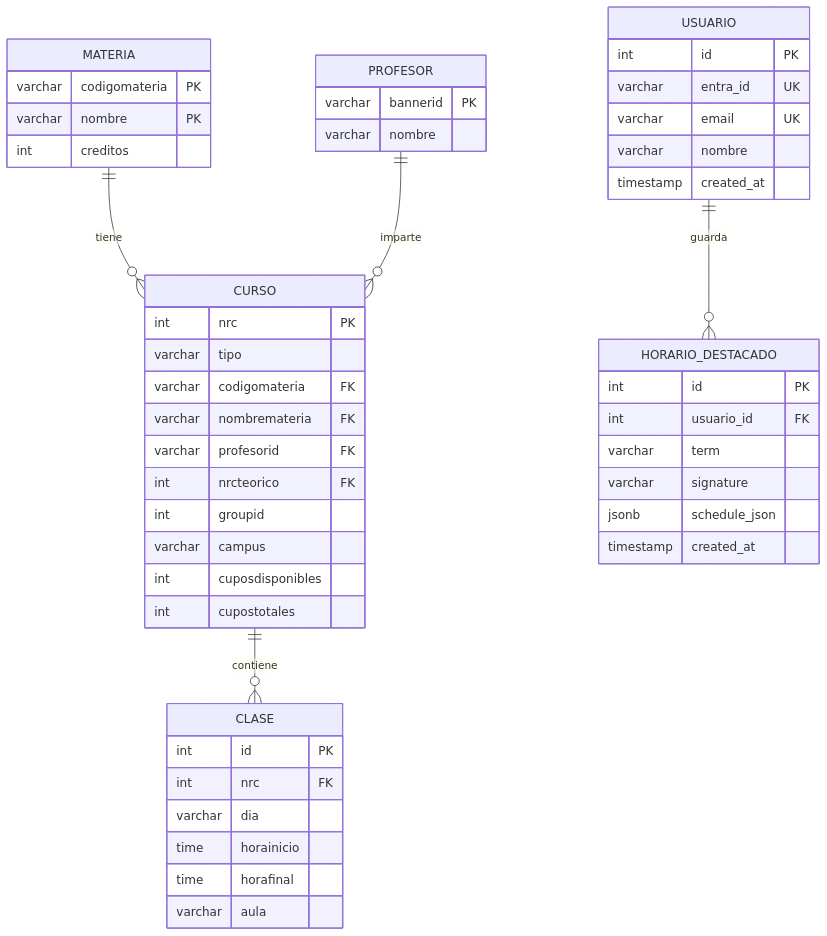
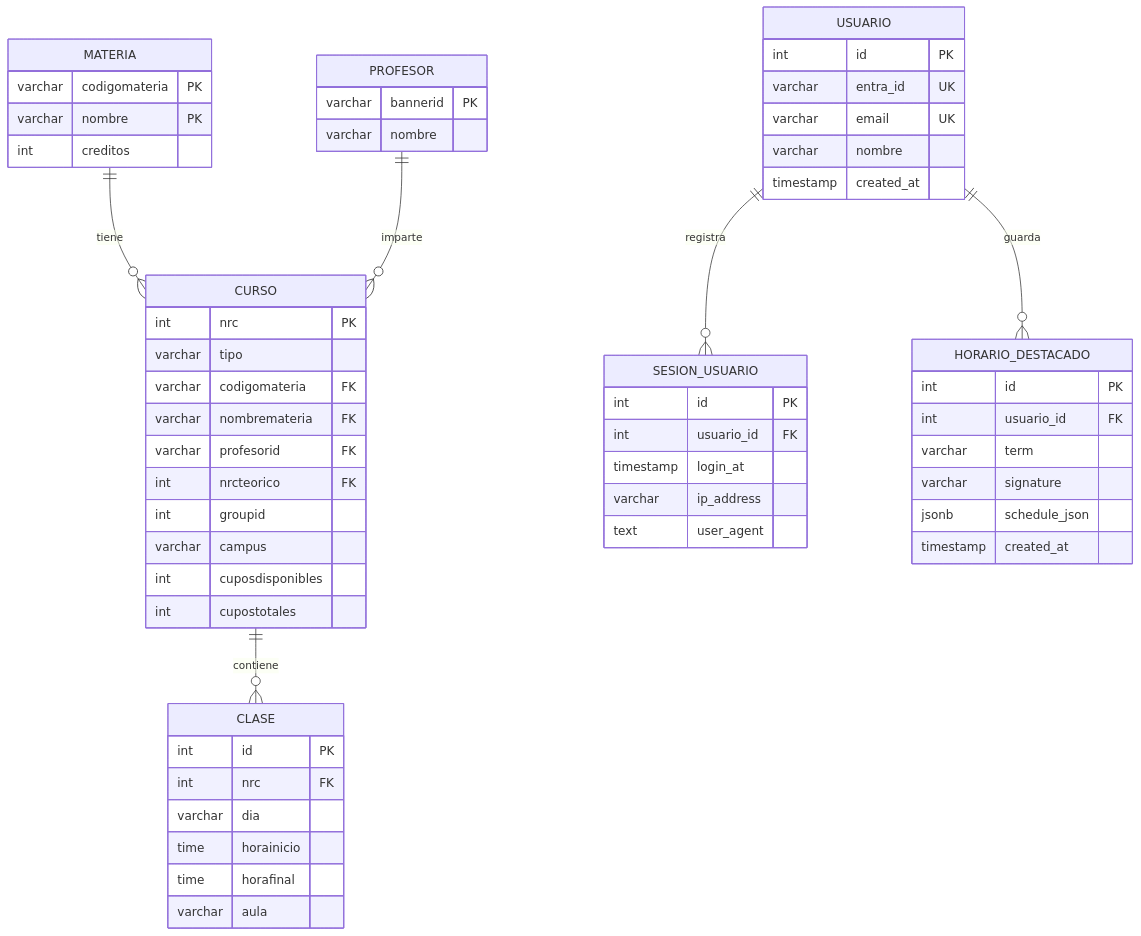
One commit to ISCOUTB/DH-ScheduleGeneratorUTB changed the second of 2 diagrams in docs/modelo_datos.md. Above: the diagram before and after it, drawn with Mermaid. The commit also changed other lines of this file and 10 other files, not shown here.

````diff
--- a/docs/modelo_datos.md
+++ b/docs/modelo_datos.md
@@ -64,57 +74,67 @@
 ```mermaid
 erDiagram
     MATERIA ||--o{ CURSO : tiene
     PROFESOR ||--o{ CURSO : imparte
     CURSO ||--o{ CLASE : contiene
-    USUARIO ||--o{ HORARIO_DESTACADO : guarda
 
     MATERIA {
         varchar codigomateria PK
         varchar nombre PK
         int creditos
     }
 
     CURSO {
         int nrc PK
         varchar tipo
         varchar codigomateria FK
         varchar nombremateria FK
         varchar profesorid FK
         int nrcteorico FK
         int groupid
         varchar campus
         int cuposdisponibles
         int cupostotales
     }
 
     CLASE {
         int id PK
         int nrc FK
         varchar dia
         time horainicio
         time horafinal
         varchar aula
     }
 
     PROFESOR {
         varchar bannerid PK
         varchar nombre
     }
 
     USUARIO {
         int id PK
         varchar entra_id UK
         varchar email UK
         varchar nombre
         timestamp created_at
     }
 
+    USUARIO ||--o{ SESION_USUARIO : registra
+    USUARIO ||--o{ HORARIO_DESTACADO : guarda
+
+    SESION_USUARIO {
+        int id PK
+        int usuario_id FK
+        timestamp login_at
+        varchar ip_address
+        text user_agent
+    }
+
     HORARIO_DESTACADO {
         int id PK
         int usuario_id FK
         varchar term
         varchar signature
         jsonb schedule_json
         timestamp created_at
     }
 ```
````
